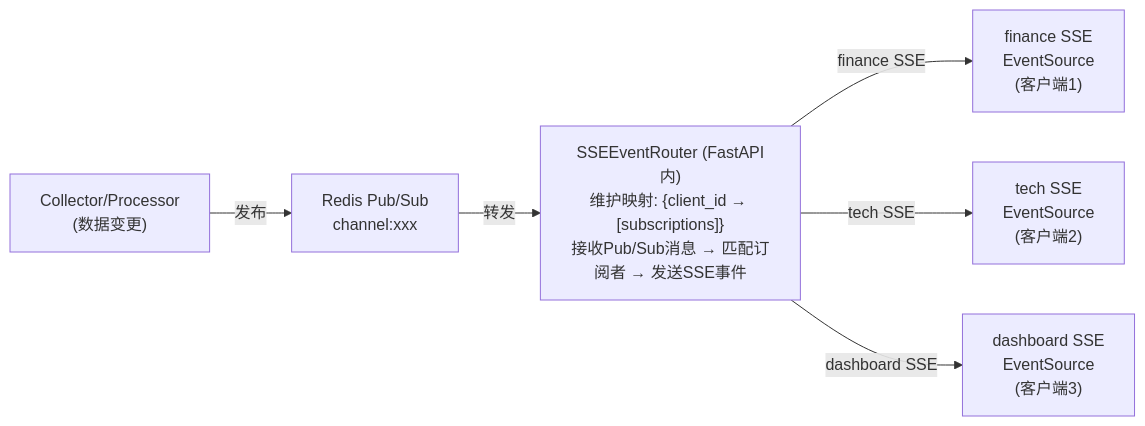
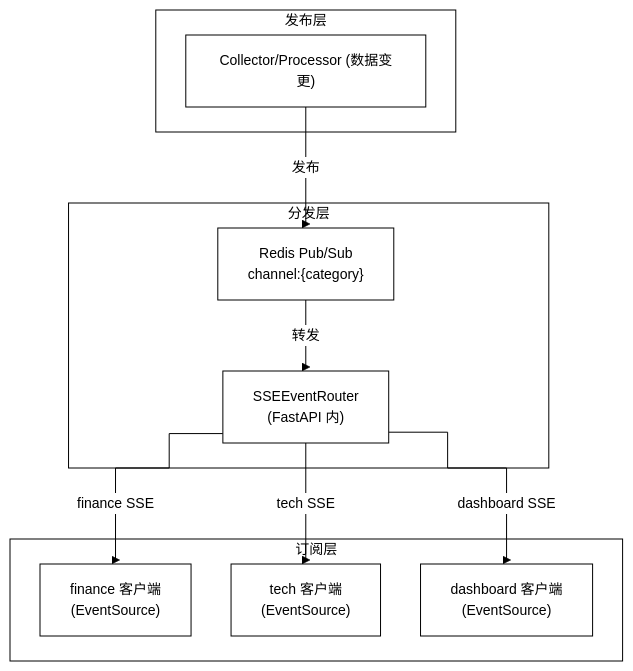
The second of 12 diagrams in docs/design/data-flow.md (onceme/instantboard), drawn with Mermaid before and after one commit. The commit also changed other lines of this file and 11 other files, not shown here.

Commit message:
docs: unify mermaid diagrams to black-and-white orthogonal style

````diff
--- a/docs/design/data-flow.md
+++ b/docs/design/data-flow.md
@@ -118,8 +125,21 @@
 ```mermaid
-graph LR
-    CollectorProcessor["Collector/Processor<br>(数据变更)"] -->|"发布"| RedisPubSub["Redis Pub/Sub<br>channel:xxx"]
-    RedisPubSub -->|"转发"| SSEEventRouter["SSEEventRouter (FastAPI内)<br>维护映射: {client_id → [subscriptions]}<br>接收Pub/Sub消息 → 匹配订阅者 → 发送SSE事件"]
-    SSEEventRouter -->|"finance SSE"| FinanceClient["finance SSE<br>EventSource<br>(客户端1)"]
-    SSEEventRouter -->|"tech SSE"| TechClient["tech SSE<br>EventSource<br>(客户端2)"]
-    SSEEventRouter -->|"dashboard SSE"| DashboardClient["dashboard SSE<br>EventSource<br>(客户端3)"]
+%%{init: {"theme": "base", "themeVariables": {"background": "#ffffff", "primaryColor": "#ffffff", "primaryTextColor": "#000000", "primaryBorderColor": "#000000", "lineColor": "#000000", "secondaryColor": "#ffffff", "secondaryTextColor": "#000000", "secondaryBorderColor": "#000000", "tertiaryColor": "#ffffff", "tertiaryTextColor": "#000000", "tertiaryBorderColor": "#000000", "edgeLabelBackground": "#ffffff", "textColor": "#000000", "nodeTextColor": "#000000", "mainBkg": "#ffffff", "nodeBorder": "#000000", "clusterBkg": "#ffffff", "clusterBdr": "#000000", "clusterTextColor": "#000000", "titleColor": "#000000", "fontSize": "14px"}, "flowchart": {"curve": "step", "nodeSpacing": 40, "rankSpacing": 50, "wrappingWidth": 180, "useMaxWidth": true}}}%%
+graph TD
+    subgraph PublishLayer["发布层"]
+        CollectorProcessor["Collector/Processor (数据变更)"]
+    end
+    subgraph DistributeLayer["分发层"]
+        RedisPubSub["Redis Pub/Sub<br>channel:{category}"]
+        SSEEventRouter["SSEEventRouter<br>(FastAPI 内)"]
+    end
+    subgraph SubscribeLayer["订阅层"]
+        FinanceClient["finance 客户端<br>(EventSource)"]
+        TechClient["tech 客户端<br>(EventSource)"]
+        DashboardClient["dashboard 客户端<br>(EventSource)"]
+    end
+    CollectorProcessor -->|"发布"| RedisPubSub
+    RedisPubSub -->|"转发"| SSEEventRouter
+    SSEEventRouter -->|"finance SSE"| FinanceClient
+    SSEEventRouter -->|"tech SSE"| TechClient
+    SSEEventRouter -->|"dashboard SSE"| DashboardClient
 ```
````
